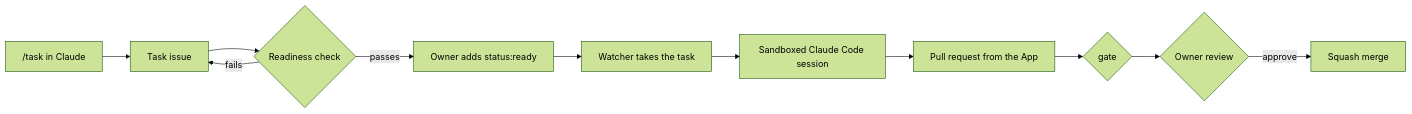
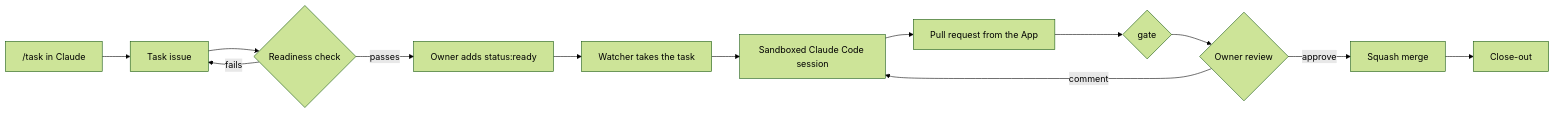
The diagram in README.md (yasabbasi/task-agent), drawn with Mermaid (forest theme) before and after one commit. The commit also changed other lines of this file and 2 other files, not shown here.

````diff
--- a/README.md
+++ b/README.md
@@ -5,13 +5,15 @@
 ```mermaid
 flowchart LR
     ask["/task in Claude"] --> issue[Task issue]
     issue --> check{Readiness check}
     check -- fails --> issue
     check -- passes --> ready[Owner adds status:ready]
     ready --> watcher[Watcher takes the task]
     watcher --> session[Sandboxed Claude Code session]
     session --> pr[Pull request from the App]
     pr --> gate{gate}
     gate --> review{Owner review}
+    review -- comment --> session
     review -- approve --> merge[Squash merge]
+    merge --> closeout[Close-out]
 ```
````
